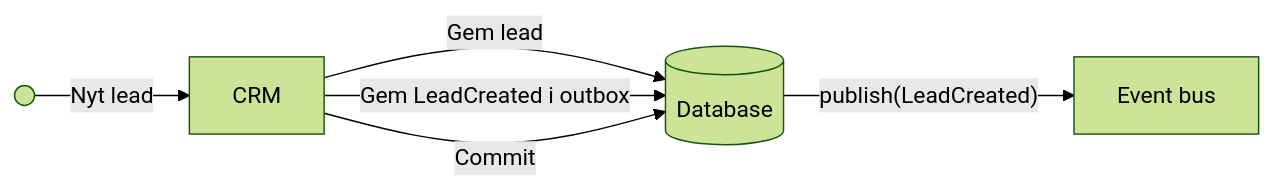
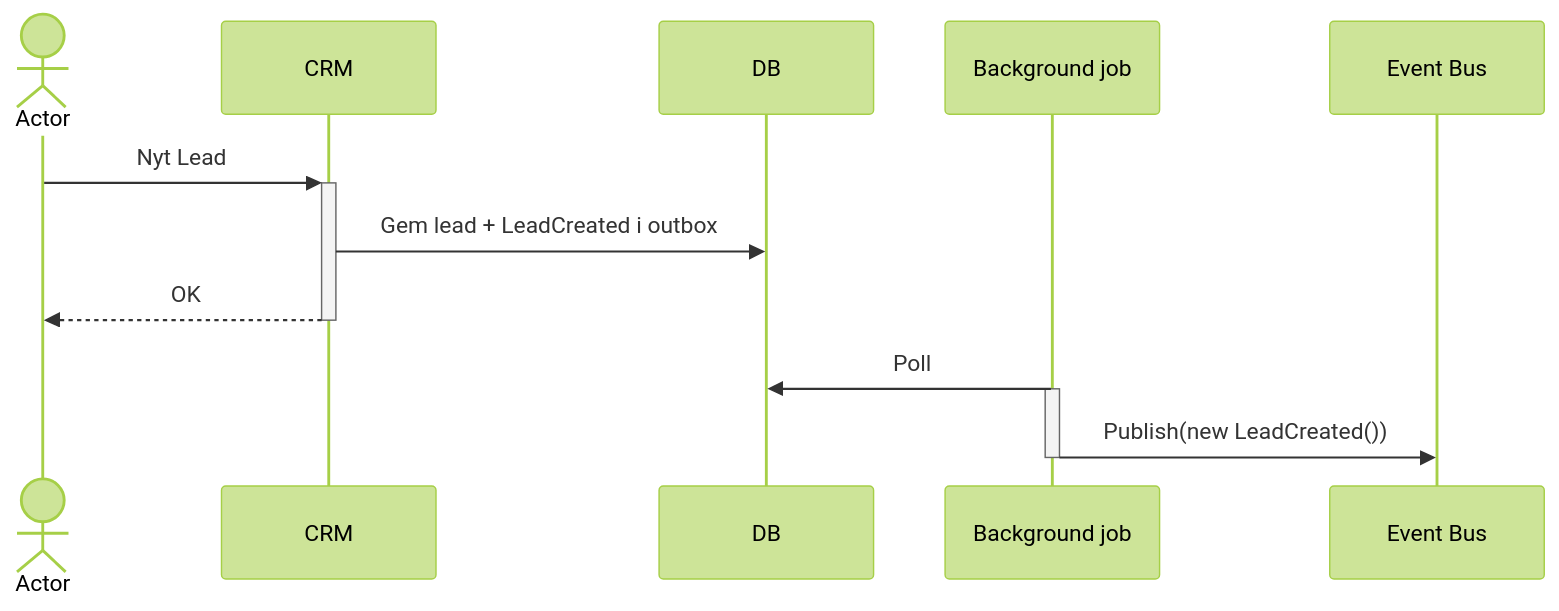
Before and after one commit to aff-autoit/aff-autoit.github.io: the third of 3 diagrams in slides/architecture/events.md, drawn with Mermaid (forest theme). The commit also changed other lines of this file and 1 other file, not shown here.

````diff
--- a/slides/architecture/events.md
+++ b/slides/architecture/events.md
@@ -56,8 +86,18 @@
 ```mermaid
-flowchart LR
-start@{ shape: start } --Nyt lead--> CRM
-CRM --Gem lead--> DB[(Database)]
-CRM --"Gem LeadCreated i outbox"--> DB
-CRM --Commit--> DB
-DB --publish(LeadCreated)--> bus[Event bus]
+sequenceDiagram
+    actor entry as Actor
+    participant CRM
+    participant DB
+    participant Outbox as Background job
+    participant Bus as Event Bus
+
+    entry->>+CRM: Nyt Lead
+    CRM->>DB: Gem lead + LeadCreated i outbox
+    CRM-->>-entry: OK
+
+    Outbox->>DB: Poll
+    activate Outbox
+    Outbox->>Bus: Publish(new LeadCreated())
+    deactivate Outbox
+    
 ```
````
